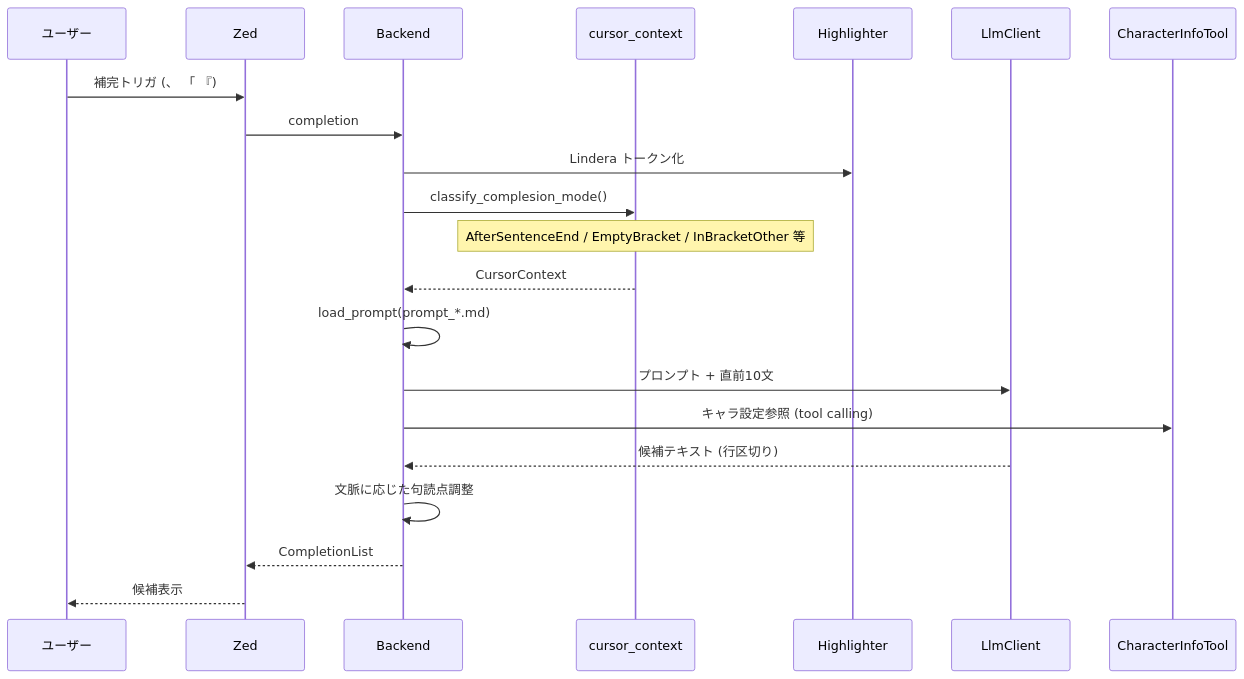
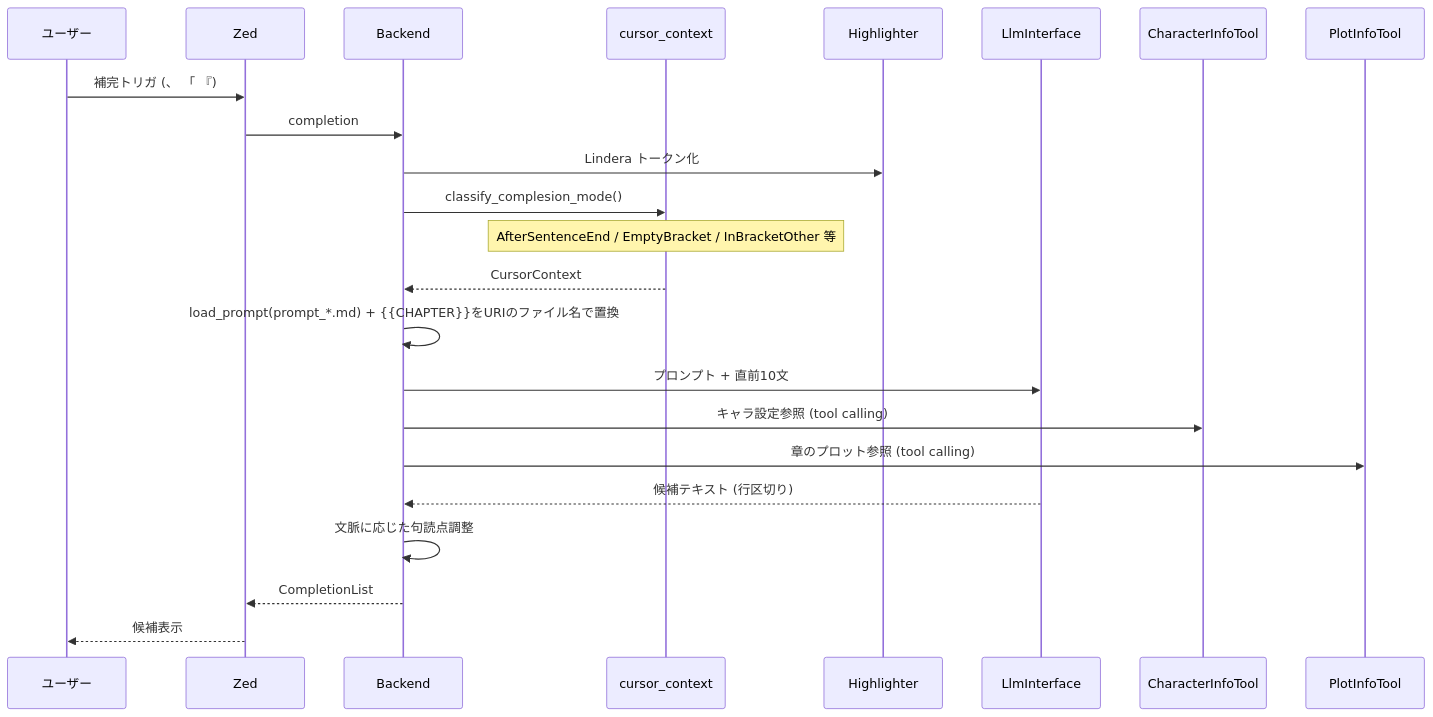
The diagram in docs/completion.md (Talos208/fifty_four), drawn with Mermaid before and after one commit. The commit also changed other lines of this file and 22 other files, not shown here.

First line of the commit message:
feat: PlotInfoTool・LSPバイナリ探索・配布パッケージングを整備

````diff
--- a/docs/completion.md
+++ b/docs/completion.md
@@ -5,24 +5,26 @@
 ```mermaid
 sequenceDiagram
     participant User as ユーザー
     participant Zed as Zed
     participant Backend as Backend
     participant CC as cursor_context
     participant HL as Highlighter
-    participant LLM as LlmClient
-    participant Tool as CharacterInfoTool
+    participant LLM as LlmInterface
+    participant CTool as CharacterInfoTool
+    participant PTool as PlotInfoTool
 
     User->>Zed: 補完トリガ (、 「 『)
     Zed->>Backend: completion
     Backend->>HL: Lindera トークン化
     Backend->>CC: classify_complesion_mode()
     Note over CC: AfterSentenceEnd / EmptyBracket / InBracketOther 等
     CC-->>Backend: CursorContext
-    Backend->>Backend: load_prompt(prompt_*.md)
+    Backend->>Backend: load_prompt(prompt_*.md) + {{CHAPTER}}をURIのファイル名で置換
     Backend->>LLM: プロンプト + 直前10文
-    Backend->>Tool: キャラ設定参照 (tool calling)
+    Backend->>CTool: キャラ設定参照 (tool calling)
+    Backend->>PTool: 章のプロット参照 (tool calling)
     LLM-->>Backend: 候補テキスト (行区切り)
     Backend->>Backend: 文脈に応じた句読点調整
     Backend-->>Zed: CompletionList
     Zed-->>User: 候補表示
 ```
````
